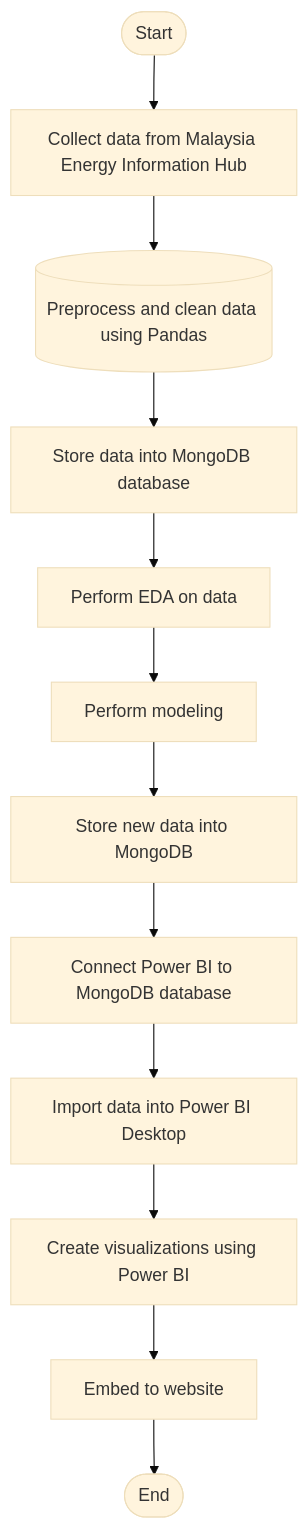
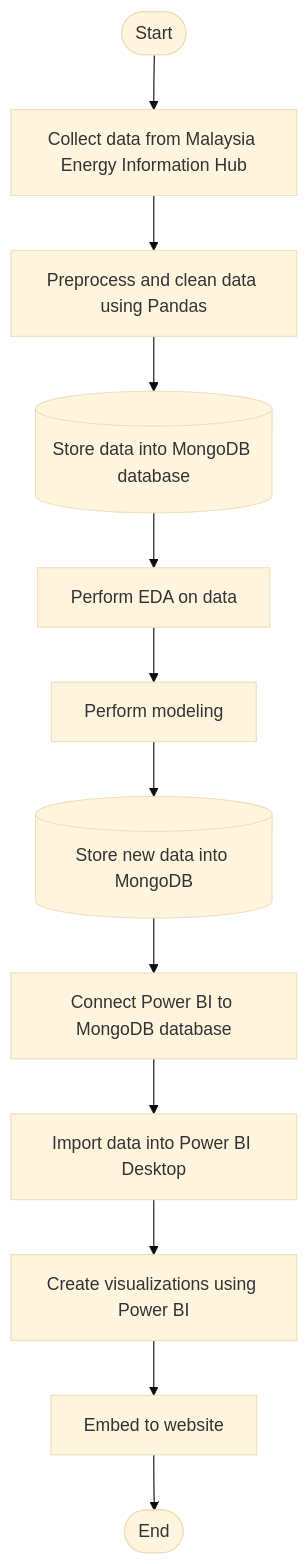
One commit to drshahizan/special-topic-data-engineering changed the diagram in project/proposal/StaticIP/proposal.md. Above: the diagram before and after it, drawn with Mermaid (base theme). The commit also changed other lines of this file, not shown here.

````diff
--- a/project/proposal/StaticIP/proposal.md
+++ b/project/proposal/StaticIP/proposal.md
@@ -72,15 +72,15 @@
  ```mermaid
   
 flowchart TD;
     A([Start]) --> B[Collect data from Malaysia Energy Information Hub]
-    B --> C[(Preprocess and clean data using Pandas)]
-    C --> D[Store data into MongoDB database]
+    B --> C[Preprocess and clean data using Pandas]
+    C --> D[(Store data into MongoDB database)]
     D --> E[Perform EDA on data]
     E --> F[Perform modeling]
-    F --> G[Store new data into MongoDB]
+    F --> G[(Store new data into MongoDB)]
     G --> H[Connect Power BI to MongoDB database]
     H --> I[Import data into Power BI Desktop]
     I --> J[Create visualizations using Power BI]	
     J --> K[Embed to website]
     K --> L([End])
   ```
````
